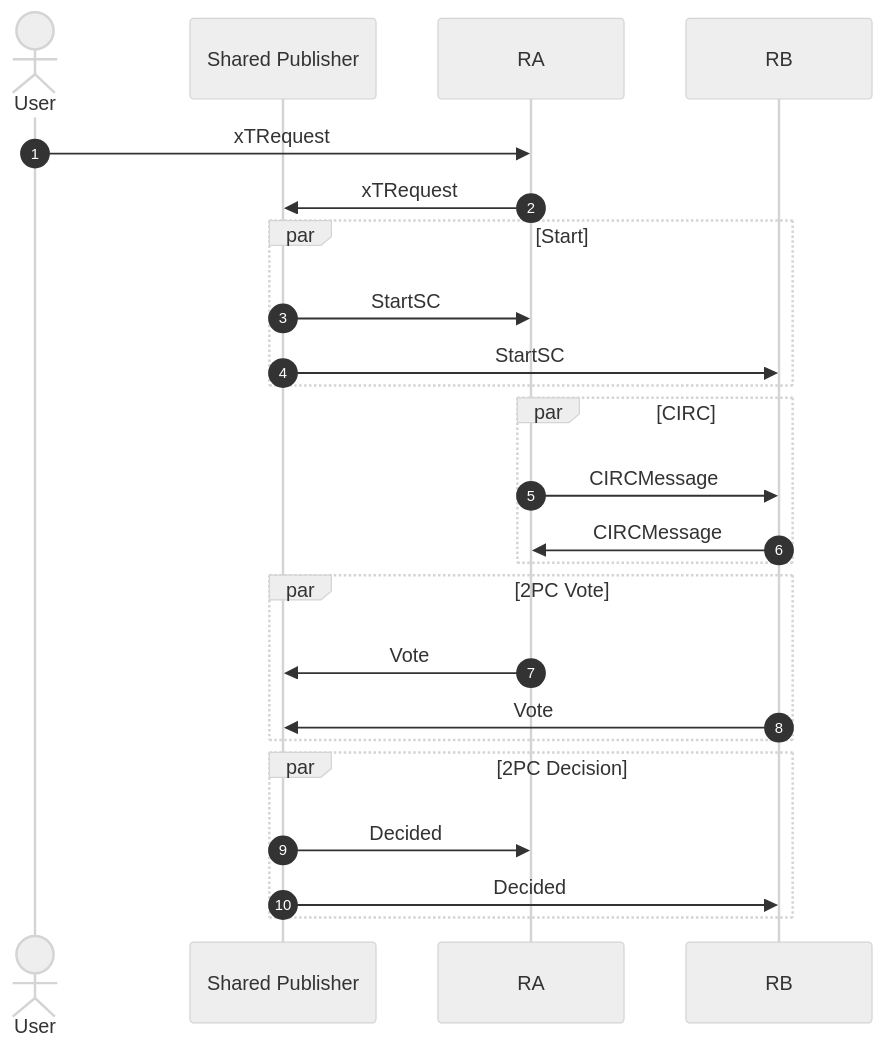
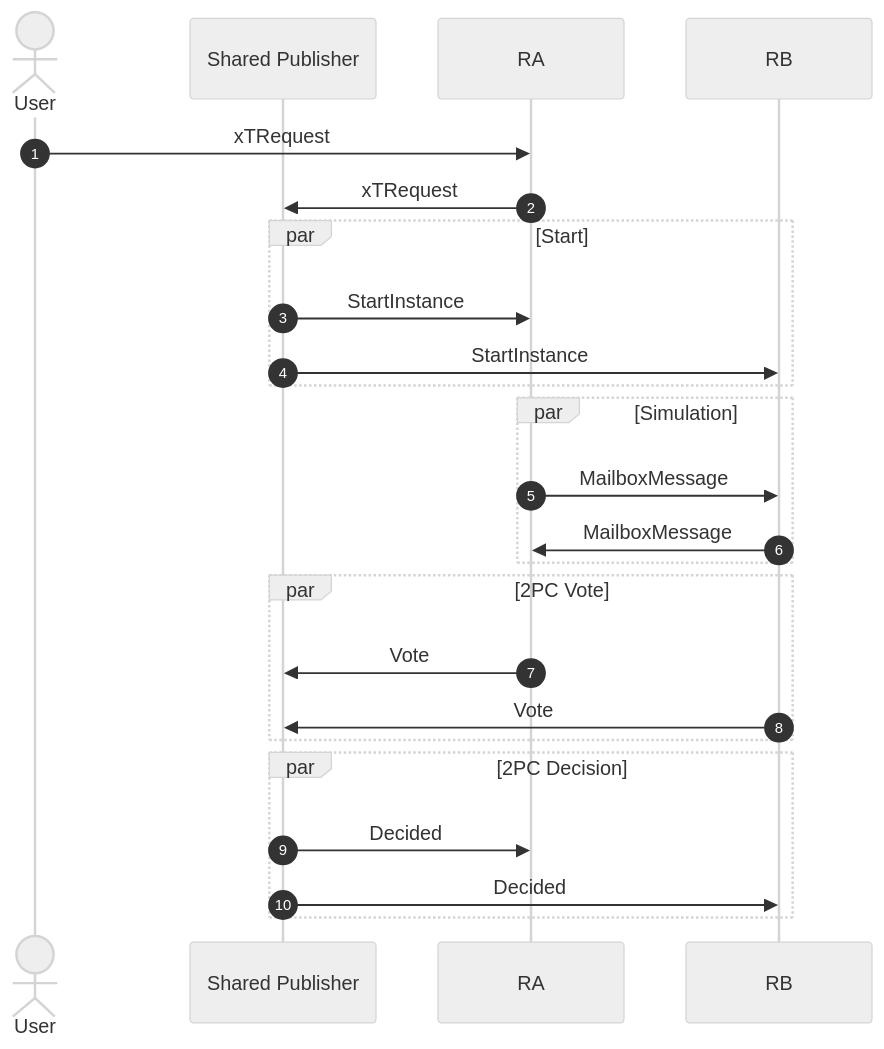
The diagram in synchronous_composability_protocol.md (compose-network/specs), drawn with Mermaid (neutral theme) before and after one commit. The commit also changed other lines of this file and 37 other files, not shown here.

````diff
--- a/synchronous_composability_protocol.md
+++ b/synchronous_composability_protocol.md
@@ -242,29 +265,29 @@
 ```mermaid
 sequenceDiagram
     autonumber
     actor U as User
     participant SP as Shared Publisher
     # Request
     U->>RA: xTRequest
     RA->>SP: xTRequest
 
     par Start
-    SP->>RA: StartSC
-    SP->>RB: StartSC
+    SP->>RA: StartInstance
+    SP->>RB: StartInstance
     end
-    # CIRC
-    par CIRC
-        RA->>RB: CIRCMessage
-        RB->>RA: CIRCMessage
+    # Simulation
+    par Simulation
+        RA->>RB: MailboxMessage
+        RB->>RA: MailboxMessage
     end
     # Vote
     par 2PC Vote
         RA->>SP: Vote
         RB->>SP: Vote
     end
     # Decision
     par 2PC Decision
         SP->>RA: Decided
         SP->>RB: Decided
     end
 ```
````
